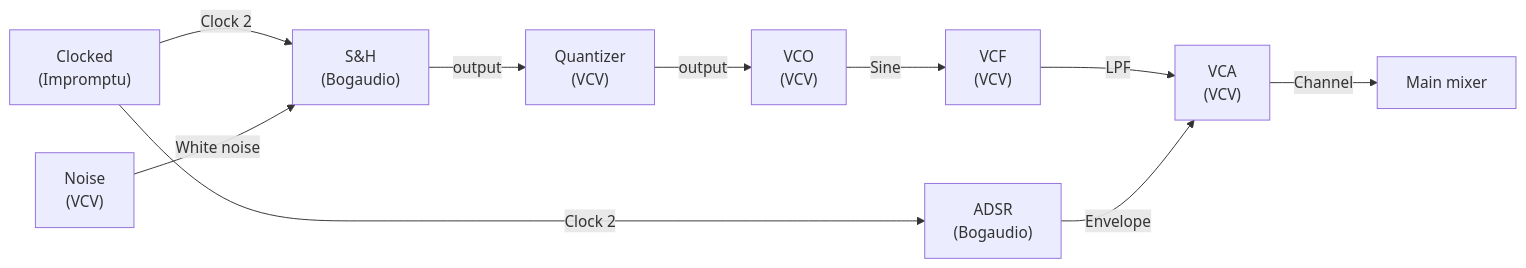
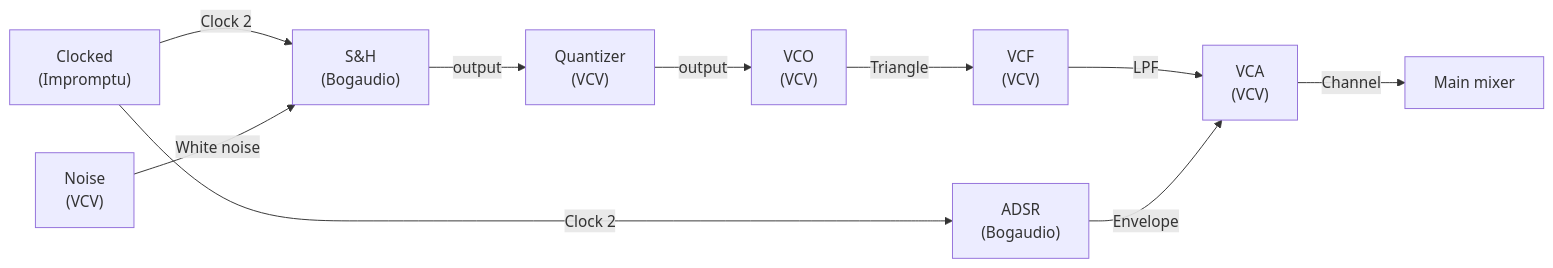
The fourth of 6 diagrams in src/slow-psybient.md (Witzman/VCVRack-Doku), drawn with Mermaid before and after one commit.

Commit message:
docs: fix Part 4 diagram VCO output label Sine→Triangle

````diff
--- a/src/slow-psybient.md
+++ b/src/slow-psybient.md
@@ -113,12 +113,12 @@
 ```mermaid
 flowchart LR
     CLK["Clocked\n(Impromptu)"] -->|"Clock 2"| BSH["S&H\n(Bogaudio)"]
     NOISE["Noise\n(VCV)"] -->|"White noise"| BSH
     BSH -->|"output"| QUANT["Quantizer\n(VCV)"]
     QUANT -->|"output"| FVCO["VCO\n(VCV)"]
-    FVCO -->|"Sine"| VCF["VCF\n(VCV)"]
+    FVCO -->|"Triangle"| VCF["VCF\n(VCV)"]
     VCF -->|"LPF"| VCA["VCA\n(VCV)"]
     FADSR["ADSR\n(Bogaudio)"] -->|"Envelope"| VCA
     CLK -->|"Clock 2"| FADSR
     VCA -->|"Channel"| MAIN["Main mixer"]
 ```
````
